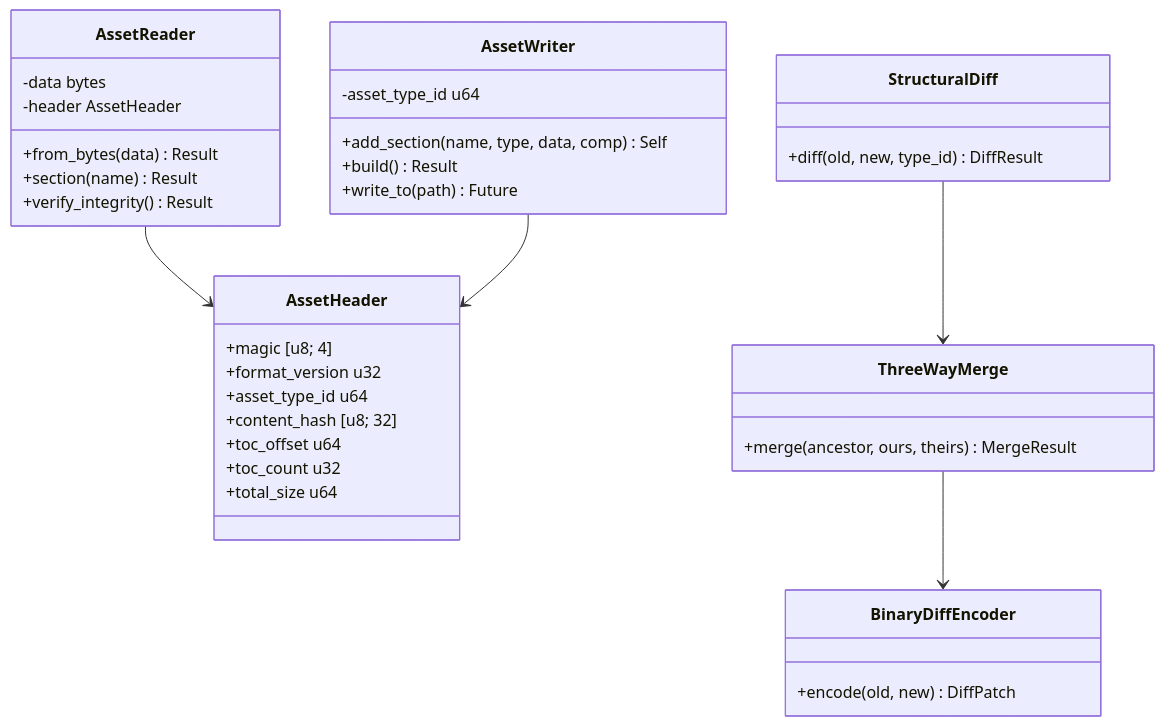
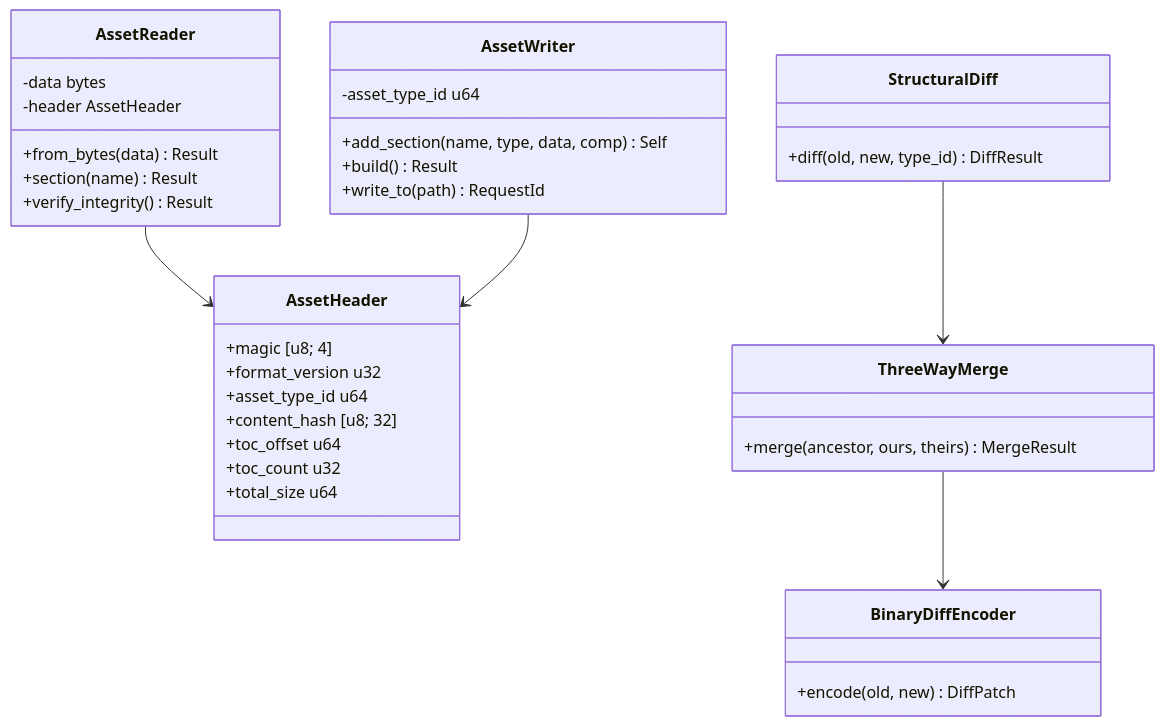
The seventh of 8 diagrams in docs/design/content-pipeline/asset-pipeline.md (harmonius-dev/harmonius), drawn with Mermaid before and after one commit. The commit also changed other lines of this file and 143 other files, not shown here.

````diff
--- a/docs/design/content-pipeline/asset-pipeline.md
+++ b/docs/design/content-pipeline/asset-pipeline.md
@@ -491,39 +498,39 @@
 ```mermaid
 classDiagram
     class AssetHeader {
         +magic [u8; 4]
         +format_version u32
         +asset_type_id u64
         +content_hash [u8; 32]
         +toc_offset u64
         +toc_count u32
         +total_size u64
     }
     class AssetReader {
         -data bytes
         -header AssetHeader
         +from_bytes(data) Result
         +section(name) Result
         +verify_integrity() Result
     }
     class AssetWriter {
         -asset_type_id u64
         +add_section(name, type, data, comp) Self
         +build() Result
-        +write_to(path) Future
+        +write_to(path) RequestId
     }
     class StructuralDiff {
         +diff(old, new, type_id) DiffResult
     }
     class ThreeWayMerge {
         +merge(ancestor, ours, theirs) MergeResult
     }
     class BinaryDiffEncoder {
         +encode(old, new) DiffPatch
     }
 
     AssetReader --> AssetHeader
     AssetWriter --> AssetHeader
     StructuralDiff --> ThreeWayMerge
     ThreeWayMerge --> BinaryDiffEncoder
 ```
````
